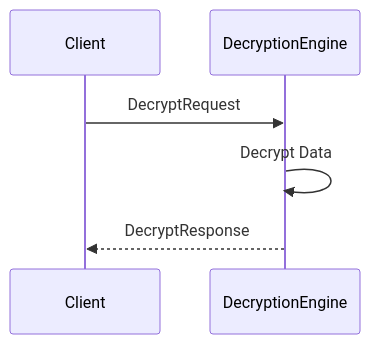
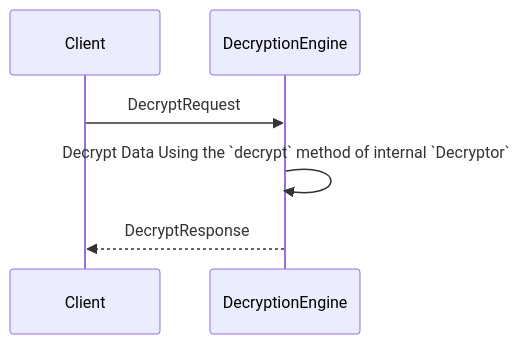
One commit to anoma/nspec changed the diagram in docs/node_architecture/engines/decryption_overview.juvix.md. Above: the diagram before and after it, drawn with Mermaid. The commit also changed 10 other files, not shown here.

Commit message:
Semifinalize decryption engine

````diff
--- a/docs/node_architecture/engines/decryption_overview.juvix.md
+++ b/docs/node_architecture/engines/decryption_overview.juvix.md
@@ -83,9 +83,9 @@
 ```mermaid
 sequenceDiagram
     participant Client
     participant DecryptionEngine
 
     Client ->> DecryptionEngine: DecryptRequest
-    DecryptionEngine ->> DecryptionEngine: Decrypt Data
+    DecryptionEngine ->> DecryptionEngine: Decrypt Data Using the `decrypt` method of internal `Decryptor`
     DecryptionEngine -->> Client: DecryptResponse
 ```
````
